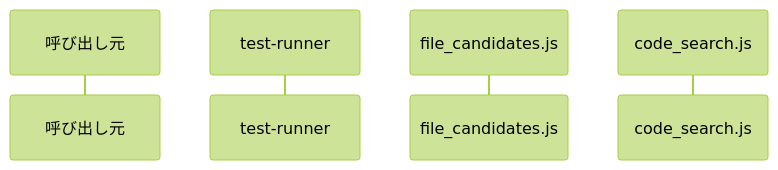
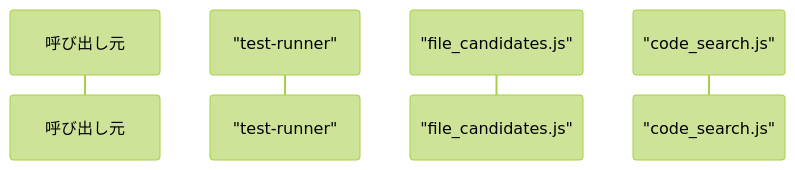
One commit to Mekann2904/mekann changed the third of 3 diagrams in ABDD/.pi/extensions/search/test-runner.md. Above: the diagram before and after it, drawn with Mermaid (forest theme). The commit also changed other lines of this file and 152 other files, not shown here.

First line of the commit message:
fix: Mermaid図のラベル内の特殊文字をエスケープする

````diff
--- a/ABDD/.pi/extensions/search/test-runner.md
+++ b/ABDD/.pi/extensions/search/test-runner.md
@@ -72,9 +72,9 @@
 ```mermaid
 sequenceDiagram
   autonumber
   participant Caller as 呼び出し元
-  participant test_runner as test-runner
-  participant file_candidates_js as file_candidates.js
-  participant code_search_js as code_search.js
+  participant test_runner as "test-runner"
+  participant file_candidates_js as "file_candidates.js"
+  participant code_search_js as "code_search.js"
 
 ```
````
